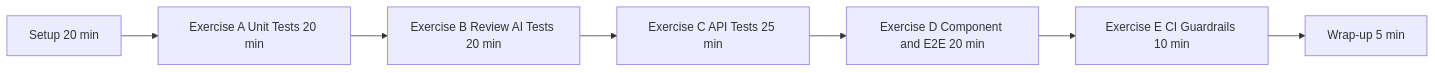
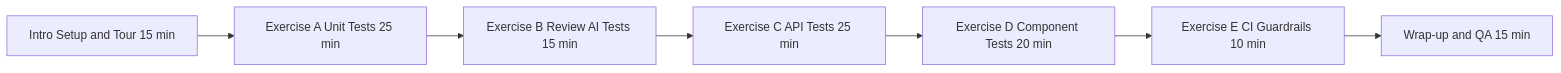
Before and after one commit to moatazeldebsy/copilot-testing-workshop: the first of 13 diagrams in docs/tutorials/workshop-flows.md, drawn with Mermaid. The commit also changed other lines of this file and 2 other files, not shown here.

Commit message:
Rebalance 120-min schedule: merge setup blocks, extend Q&A, drop E2E from Exercise D
- Merge Intro + Setup Tour into one 15 min block (was 10+10, awkward split)
- Exercise A: 20 → 25 min (weak vs strong prompt demo takes time live)
- Exercise B: 20 → 15 min (focused reading exercise, goes faster)
- Exercise D: Component tests only (hands-on); Playwright moved to live demo/optional
- Wrap-up & Q&A: 5 → 15 min (30-seat conference workshop needs real Q&A time)
- Updated facilitator cheat sheet, workshop-flows Mermaid diagrams

````diff
--- a/docs/tutorials/workshop-flows.md
+++ b/docs/tutorials/workshop-flows.md
@@ -32,9 +32,9 @@
 ```mermaid
 flowchart LR
-  A[Setup 20 min] --> B[Exercise A Unit Tests 20 min]
-  B --> C[Exercise B Review AI Tests 20 min]
+  A[Intro Setup and Tour 15 min] --> B[Exercise A Unit Tests 25 min]
+  B --> C[Exercise B Review AI Tests 15 min]
   C --> D[Exercise C API Tests 25 min]
-  D --> E[Exercise D Component and E2E 20 min]
+  D --> E[Exercise D Component Tests 20 min]
   E --> F[Exercise E CI Guardrails 10 min]
-  F --> G[Wrap-up 5 min]
+  F --> G[Wrap-up and QA 15 min]
 ```
````
